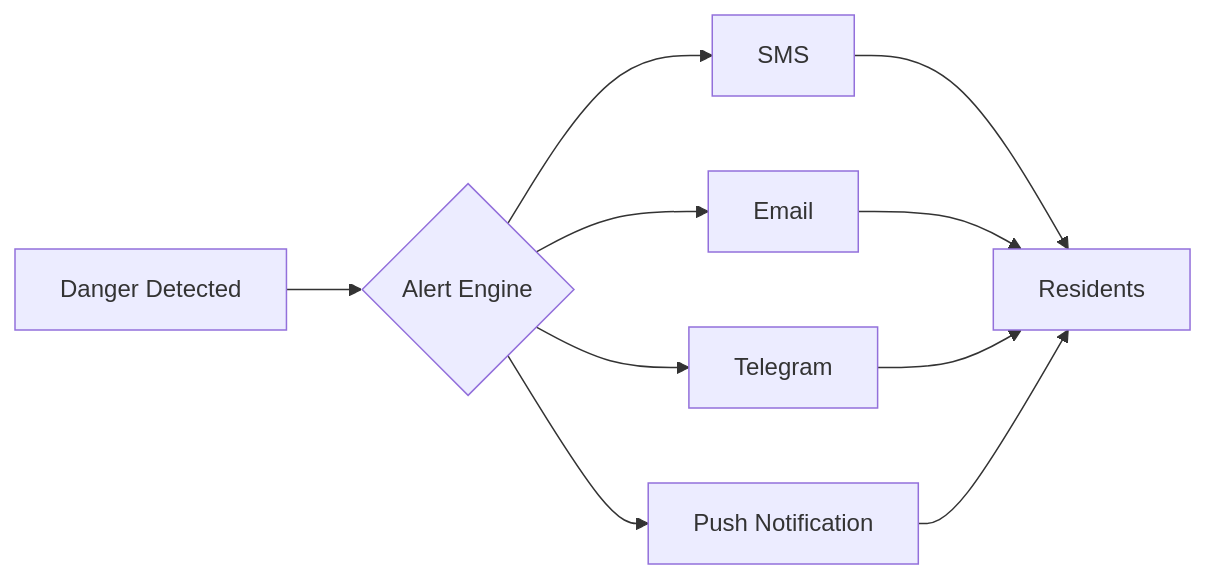
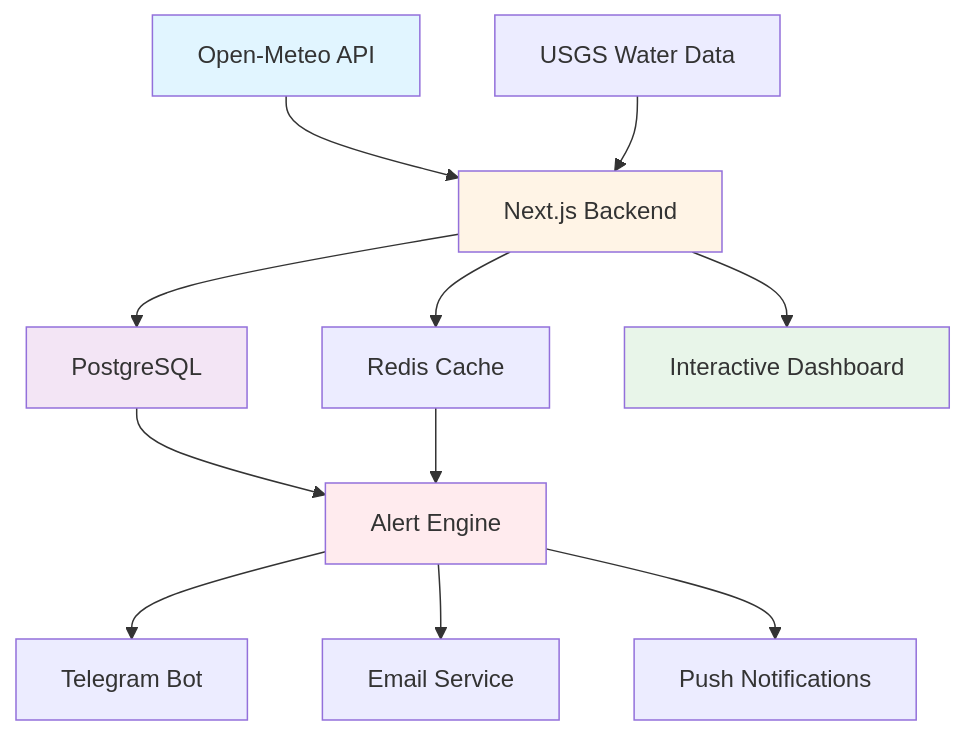
Before and after one commit to kalviumcommunity/S64_jan26_Team03_Mern_FloodProne: the diagram in README.md, drawn with Mermaid. The commit also changed other lines of this file, not shown here.

````diff
--- a/README.md
+++ b/README.md
@@ -175,12 +107,19 @@
 ```mermaid
-graph LR
-    A[ Danger Detected] --> B{Alert Engine}
-    B --> C[ SMS]
-    B --> D[ Email]
-    B --> E[ Telegram]
-    B --> F[ Push Notification]
-    C --> G[ Residents]
-    D --> G
-    E --> G
-    F --> G
+graph TB
+    A[ Open-Meteo API] --> B[ Next.js Backend]
+    C[ USGS Water Data] --> B
+    B --> D[ PostgreSQL]
+    B --> E[ Redis Cache]
+    D --> F[ Alert Engine]
+    E --> F
+    F --> G[ Telegram Bot]
+    F --> H[ Email Service]
+    F --> I[ Push Notifications]
+    B --> J[ Interactive Dashboard]
+    
+    style A fill:#e1f5ff
+    style B fill:#fff4e6
+    style D fill:#f3e5f5
+    style F fill:#ffebee
+    style J fill:#e8f5e9
 ```
````
